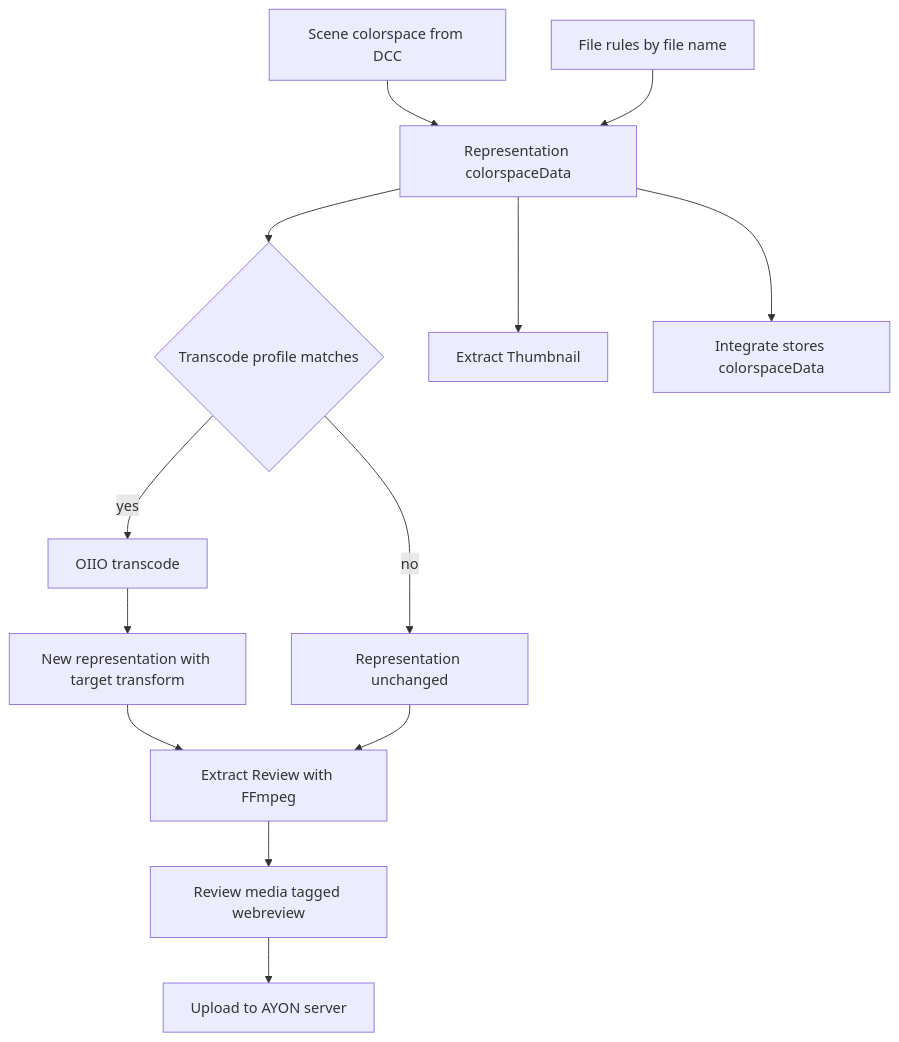
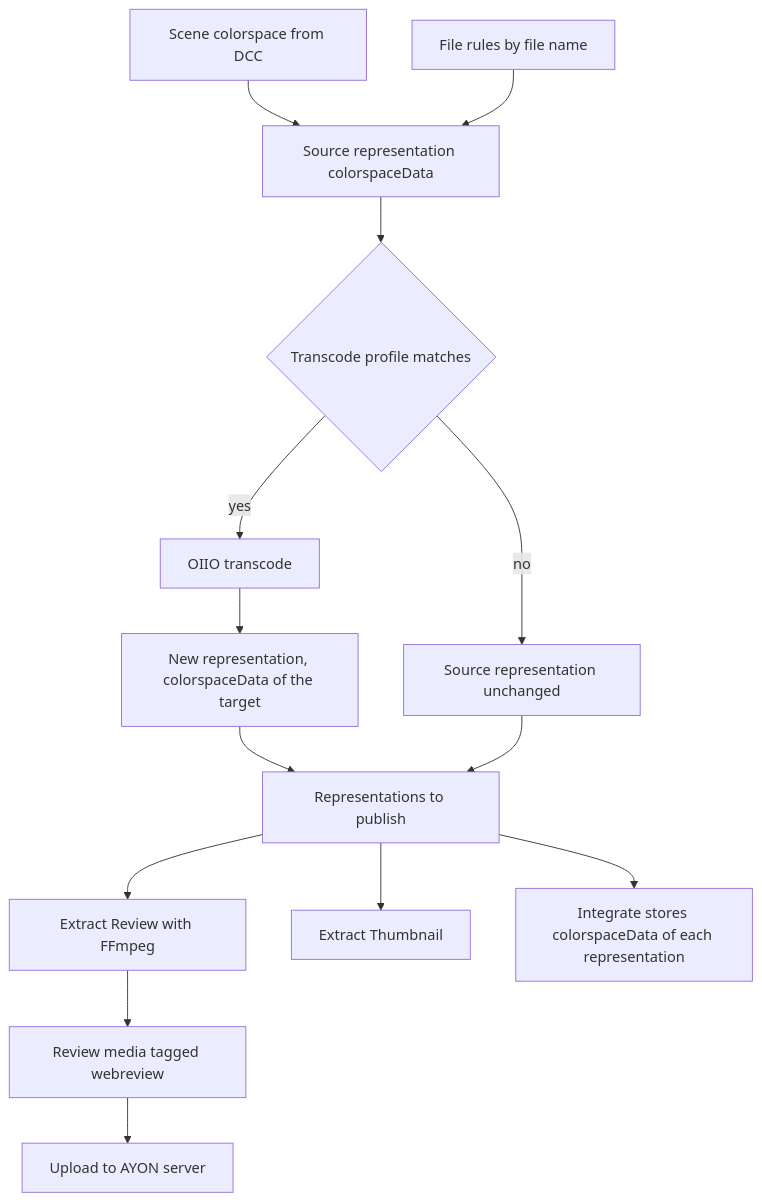
One commit to ynput/ayon-documentation changed the diagram in website/docs/pipeline/color-management-in-publishing.md. Above: the diagram before and after it, drawn with Mermaid. The commit also changed other lines of this file and 221 other files, not shown here.

````diff
--- a/website/docs/pipeline/color-management-in-publishing.md
+++ b/website/docs/pipeline/color-management-in-publishing.md
@@ -18,15 +23,16 @@
 ```mermaid
 flowchart TD
-  A[Scene colorspace from DCC] --> C[Representation colorspaceData]
+  A[Scene colorspace from DCC] --> C[Source representation colorspaceData]
   B[File rules by file name] --> C
   C --> D{Transcode profile matches}
   D -- yes --> E[OIIO transcode]
-  D -- no --> F[Representation unchanged]
-  E --> G[New representation with target transform]
-  G --> H[Extract Review with FFmpeg]
-  F --> H
-  C --> T[Extract Thumbnail]
+  D -- no --> F[Source representation unchanged]
+  E --> G[New representation, colorspaceData of the target]
+  G --> R[Representations to publish]
+  F --> R
+  R --> H[Extract Review with FFmpeg]
+  R --> T[Extract Thumbnail]
+  R --> V[Integrate stores colorspaceData of each representation]
   H --> I[Review media tagged webreview]
   I --> U[Upload to AYON server]
-  C --> V[Integrate stores colorspaceData]
 ```
````
